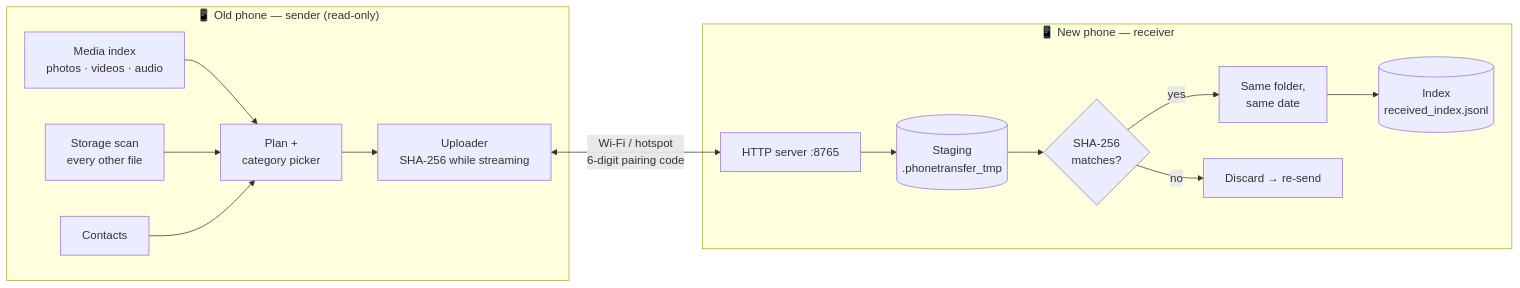
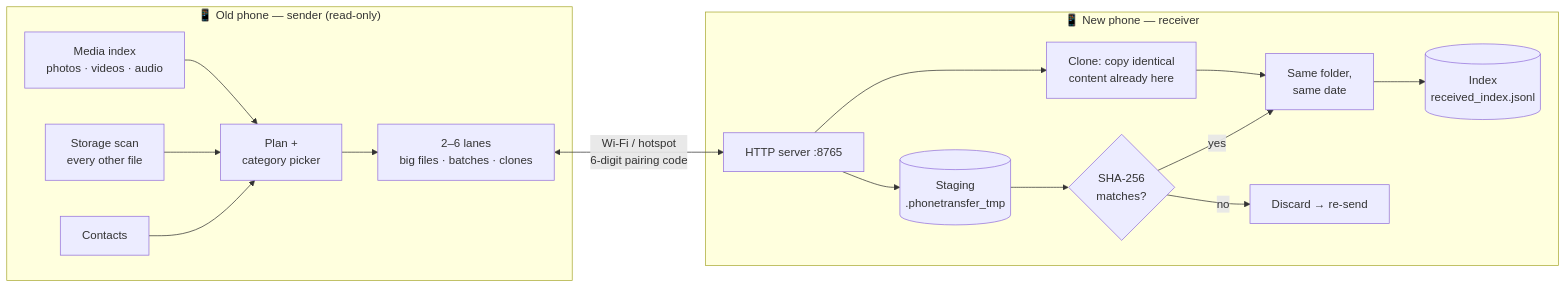
The first of 6 diagrams in README.md (mrajkishor/Android-Phone-Clone), drawn with Mermaid before and after one commit. The commit also changed other lines of this file and 15 other files, not shown here.

First line of the commit message:
Phone Transfer v4.0.0: parallel lanes, batches, duplicate cloning

````diff
--- a/README.md
+++ b/README.md
@@ -253,18 +306,20 @@
 ```mermaid
 flowchart LR
     subgraph OLD["📱 Old phone — sender (read-only)"]
         S1[Media index<br/>photos · videos · audio]
         S2[Storage scan<br/>every other file]
         S3[Contacts]
         S1 & S2 & S3 --> P[Plan +<br/>category picker]
-        P --> U[Uploader<br/>SHA-256 while streaming]
+        P --> U[2–6 lanes<br/>big files · batches · clones]
     end
     subgraph NEW["📱 New phone — receiver"]
         H[HTTP server :8765] --> ST[(Staging<br/>.phonetransfer_tmp)]
+        H --> CL[Clone: copy identical<br/>content already here]
+        CL --> D
         ST --> V{SHA-256<br/>matches?}
         V -- yes --> D[Same folder,<br/>same date]
         V -- no --> X[Discard → re-send]
         D --> I[(Index<br/>received_index.jsonl)]
     end
     U <-- "Wi-Fi / hotspot<br/>6-digit pairing code" --> H
 ```
````
